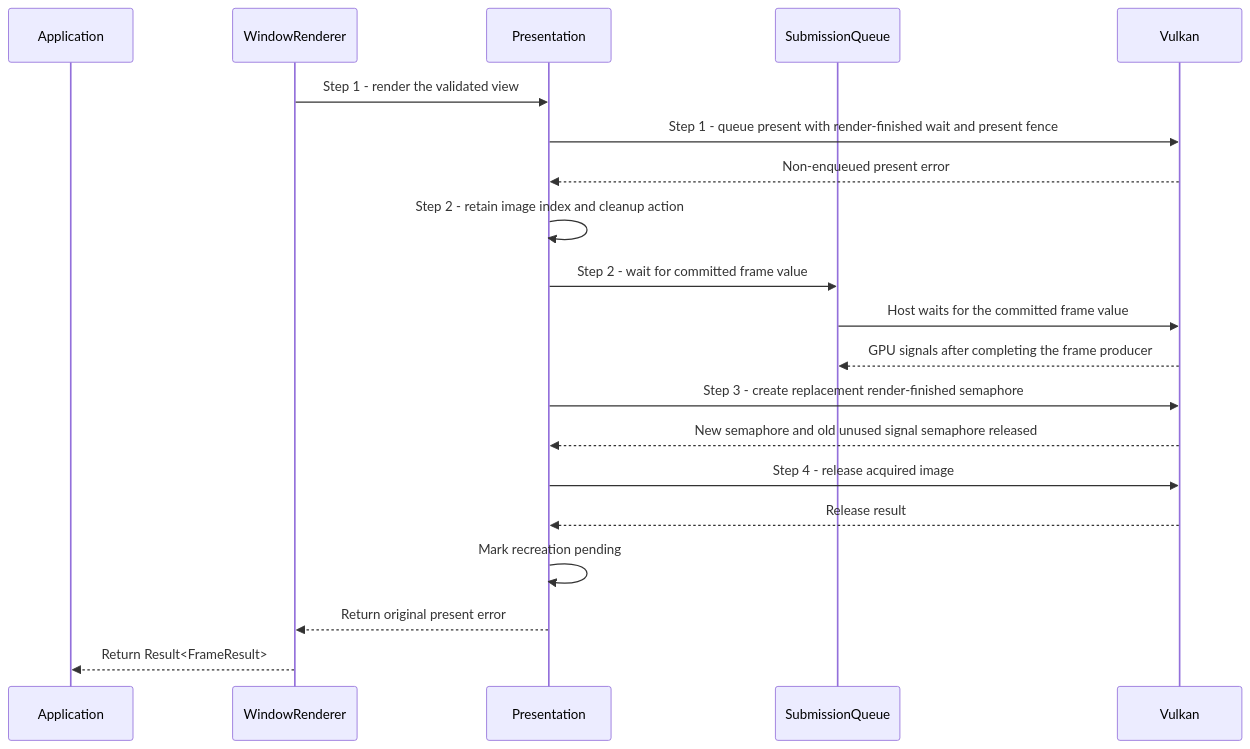
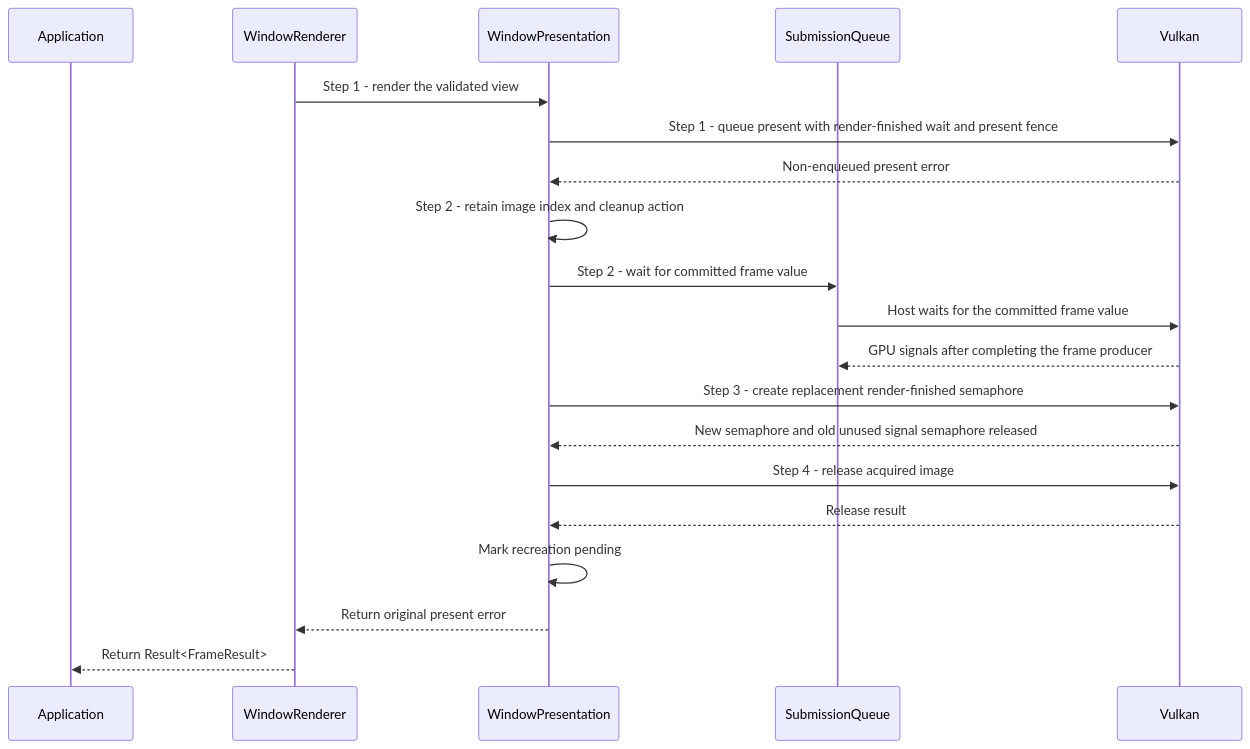
One commit to a-soltysik/Panda changed the diagram in docs/use-cases/recover-presentation-failure.md. Above: the diagram before and after it, drawn with Mermaid. The commit also changed other lines of this file and 83 other files, not shown here.

````diff
--- a/docs/use-cases/recover-presentation-failure.md
+++ b/docs/use-cases/recover-presentation-failure.md
@@ -30,22 +30,22 @@
 ```mermaid
 sequenceDiagram
     participant A as Application
     participant W as WindowRenderer
-    participant P as Presentation
+    participant P as WindowPresentation
     participant Q as SubmissionQueue
     participant V as Vulkan
-    W->>P: Step 1 - render the validated view
-    P->>V: Step 1 - queue present with render-finished wait and present fence
-    V-->>P: Non-enqueued present error
-    P->>P: Step 2 - retain image index and cleanup action
-    P->>Q: Step 2 - wait for committed frame value
-    Q->>V: Host waits for the committed frame value
-    V-->>Q: GPU signals after completing the frame producer
-    P->>V: Step 3 - create replacement render-finished semaphore
-    V-->>P: New semaphore and old unused signal semaphore released
-    P->>V: Step 4 - release acquired image
-    V-->>P: Release result
-    P->>P: Mark recreation pending
-    P-->>W: Return original present error
-    W-->>A: Return Result<FrameResult>
+    W ->> P: Step 1 - render the validated view
+    P ->> V: Step 1 - queue present with render-finished wait and present fence
+    V -->> P: Non-enqueued present error
+    P ->> P: Step 2 - retain image index and cleanup action
+    P ->> Q: Step 2 - wait for committed frame value
+    Q ->> V: Host waits for the committed frame value
+    V -->> Q: GPU signals after completing the frame producer
+    P ->> V: Step 3 - create replacement render-finished semaphore
+    V -->> P: New semaphore and old unused signal semaphore released
+    P ->> V: Step 4 - release acquired image
+    V -->> P: Release result
+    P ->> P: Mark recreation pending
+    P -->> W: Return original present error
+    W -->> A: Return Result<FrameResult>
 ```
````
